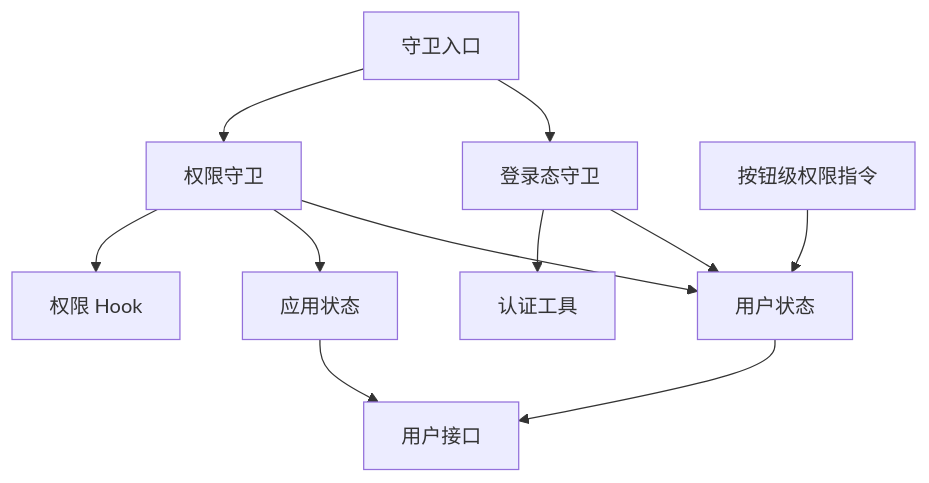
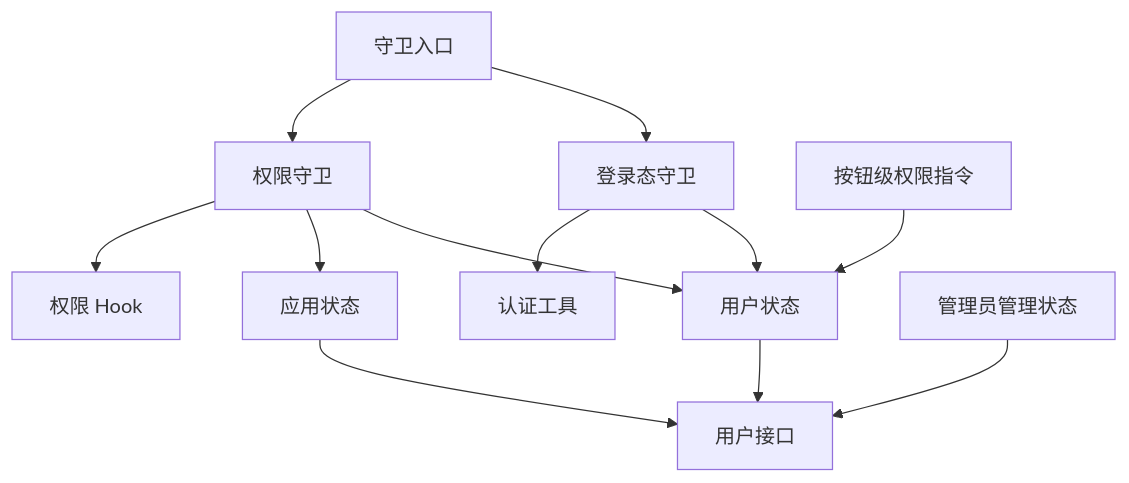
The tenth of 10 diagrams in .qoder/repowiki/zh/content/认证与权限/认证与权限.md (wuwuseo/e-sports-go-admin-web), drawn with Mermaid before and after one commit. The commit also changed other lines of this file and 7 other files, not shown here.

````diff
--- a/.qoder/repowiki/zh/content/认证与权限/认证与权限.md
+++ b/.qoder/repowiki/zh/content/认证与权限/认证与权限.md
@@ -375,13 +417,14 @@
 ```mermaid
 graph TB
 GuardIndex["守卫入口"] --> GuardUser["登录态守卫"]
 GuardIndex --> GuardPerm["权限守卫"]
 GuardUser --> UserStore["用户状态"]
 GuardUser --> Auth["认证工具"]
 GuardPerm --> UserStore
 GuardPerm --> AppStore["应用状态"]
 GuardPerm --> PermHook["权限 Hook"]
 DirPerm["按钮级权限指令"] --> UserStore
 UserStore --> API["用户接口"]
 AppStore --> API
+AdminStore["管理员管理状态"] --> API
 ```
````
